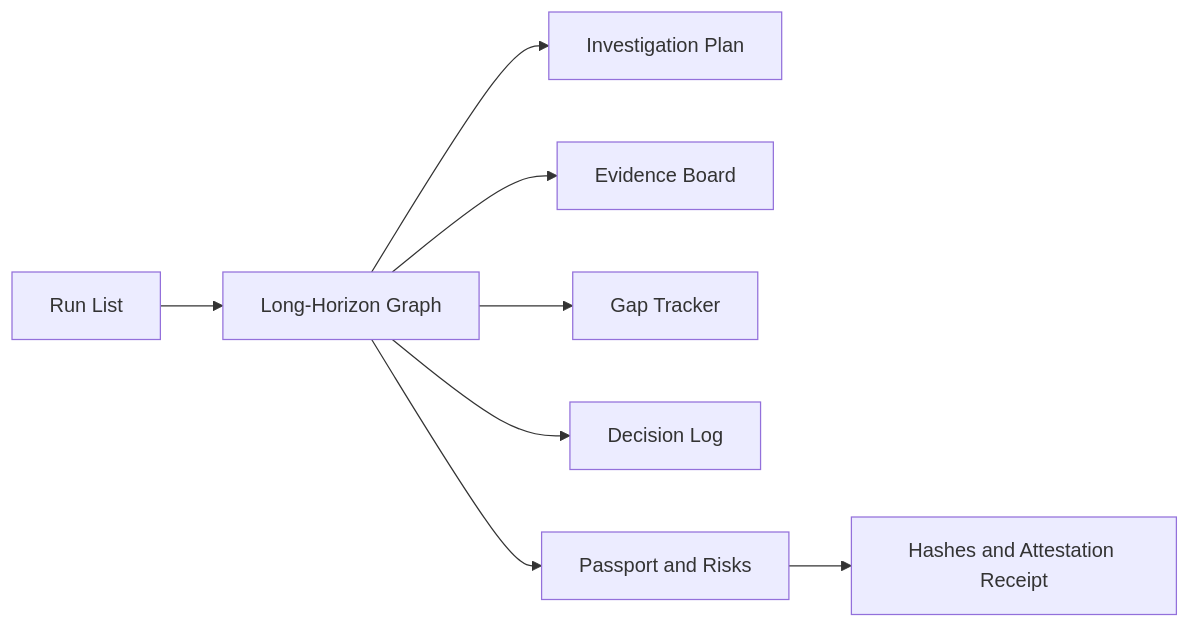
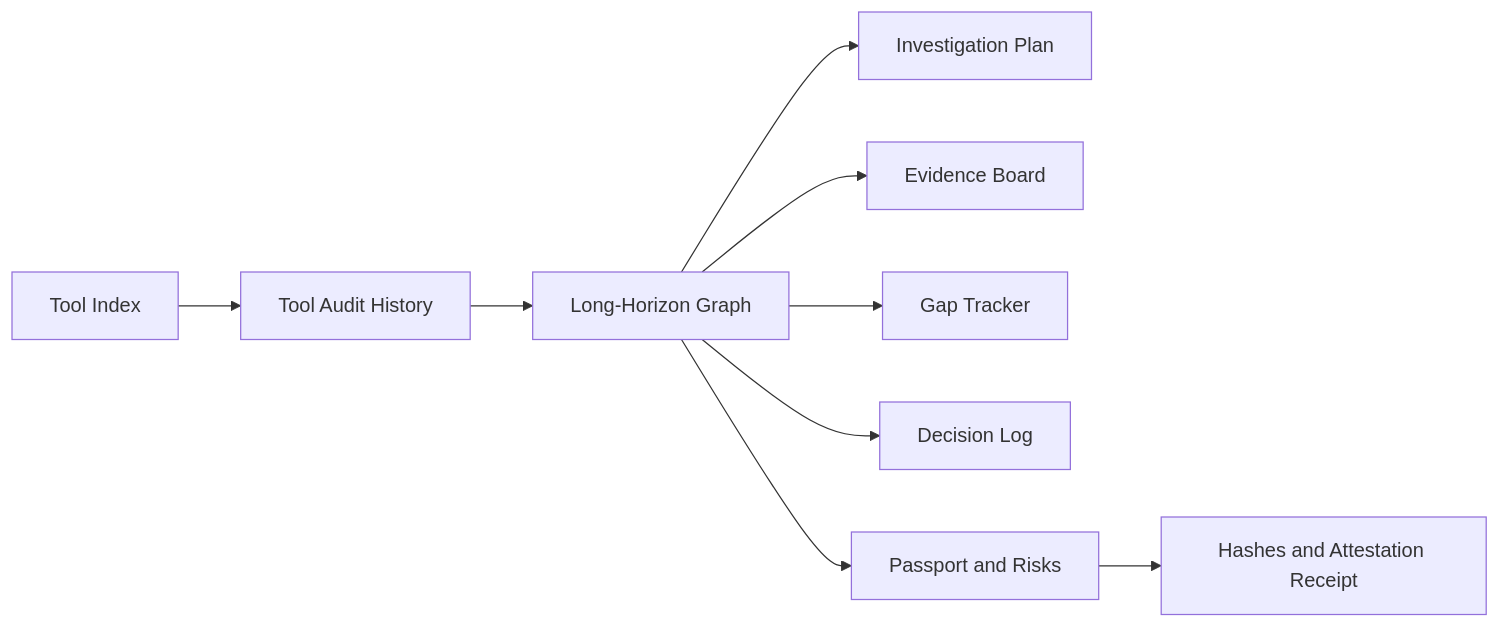
The third of 3 diagrams in docs/technical-design.md (AlethOS/AlethOS-ToolPassport), drawn with Mermaid before and after one commit. The commit also changed other lines of this file and 4 other files, not shown here.

Commit message:
feat: index registry commitments by tool and run

````diff
--- a/docs/technical-design.md
+++ b/docs/technical-design.md
@@ -532,10 +590,11 @@
 ```mermaid
 flowchart LR
-    Runs["Run List"] --> Graph["Long-Horizon Graph"]
+    Tools["Tool Index"] --> Runs["Tool Audit History"]
+    Runs --> Graph["Long-Horizon Graph"]
     Graph --> Plan["Investigation Plan"]
     Graph --> Board["Evidence Board"]
     Graph --> Gaps["Gap Tracker"]
     Graph --> Decisions["Decision Log"]
     Graph --> Passport["Passport and Risks"]
     Passport --> Proof["Hashes and Attestation Receipt"]
 ```
````
